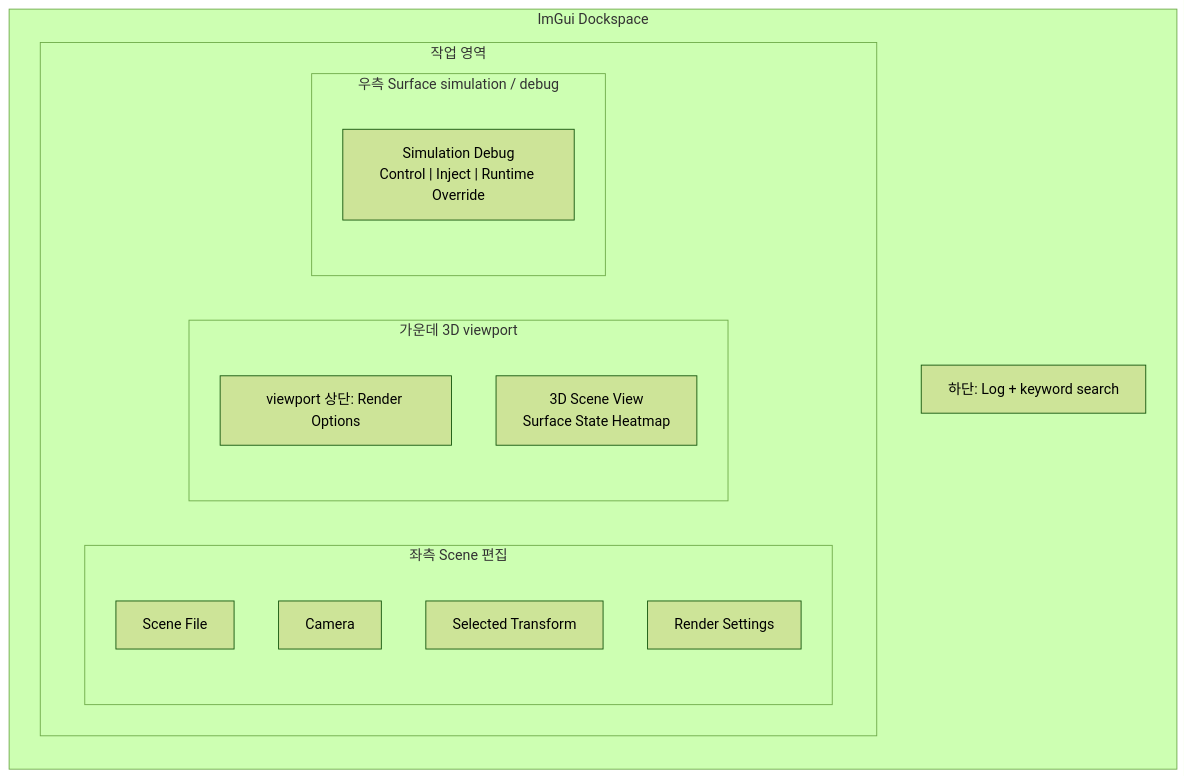
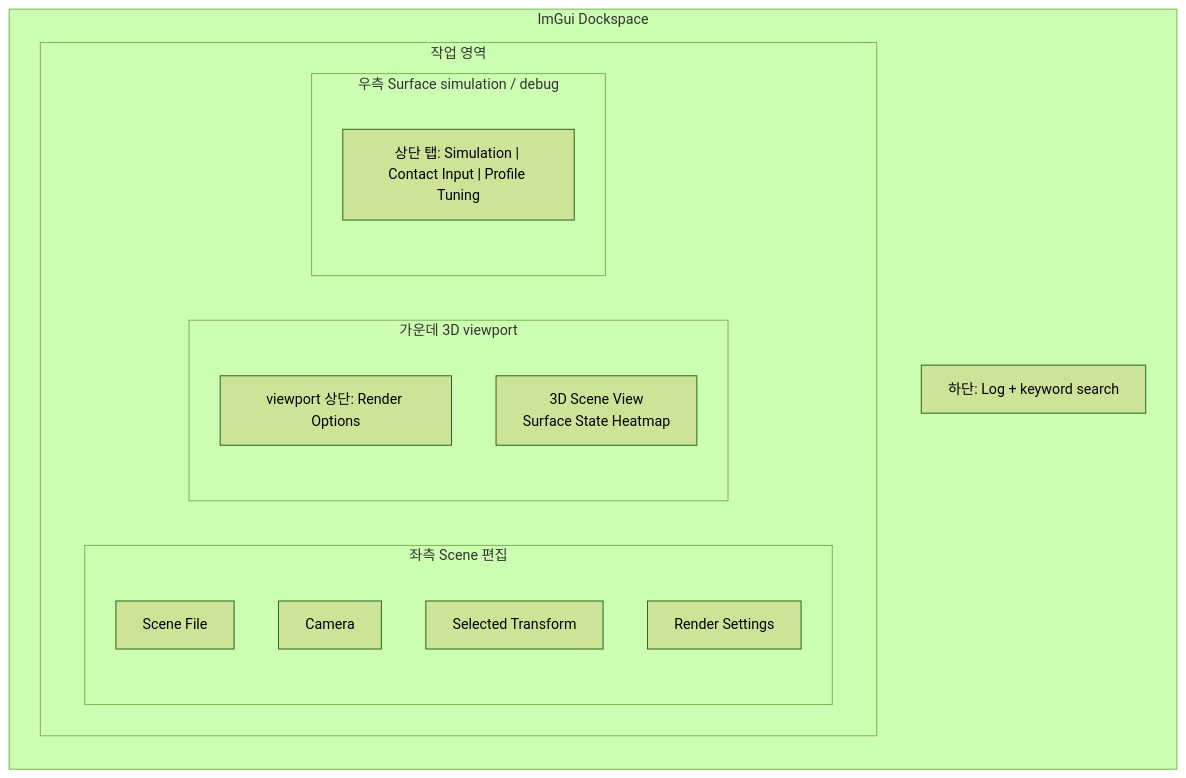
Before and after one commit to Yonaim/Material-Dependent-Surface-State-Engine: the first of 3 diagrams in Docs/MDSSP-Vault/03_Architecture/0009_UI-Interface.md, drawn with Mermaid (forest theme). The commit also changed other lines of this file and 7 other files, not shown here.

````diff
--- a/Docs/MDSSP-Vault/03_Architecture/0009_UI-Interface.md
+++ b/Docs/MDSSP-Vault/03_Architecture/0009_UI-Interface.md
@@ -36,26 +38,26 @@
 ```mermaid
 flowchart TB
   subgraph Dockspace["ImGui Dockspace"]
     direction TB
     subgraph WorkArea["작업 영역"]
       direction LR
       subgraph Left["좌측 Scene 편집"]
         direction TB
         SceneFile["Scene File"]
         Camera["Camera"]
         Transform["Selected Transform"]
         RenderSettings["Render Settings"]
       end
       subgraph Center["가운데 3D viewport"]
         direction TB
         Toolbar["viewport 상단: Render Options"]
         Viewport["3D Scene View\nSurface State Heatmap"]
       end
       subgraph Right["우측 Surface simulation / debug"]
         direction TB
-        SimulationDebug["Simulation Debug\nControl | Inject | Runtime Override"]
+        SimulationDebug["상단 탭: Simulation | Contact Input | Profile Tuning"]
       end
     end
     Log["하단: Log + keyword search"]
   end
 ```
````
